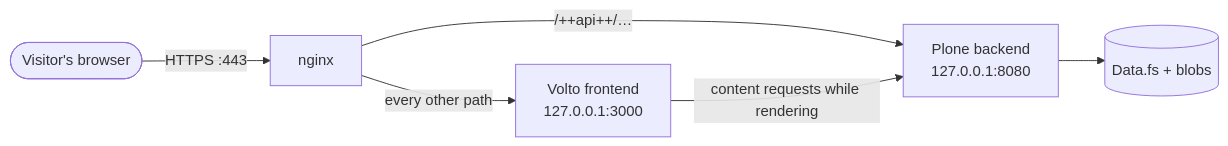
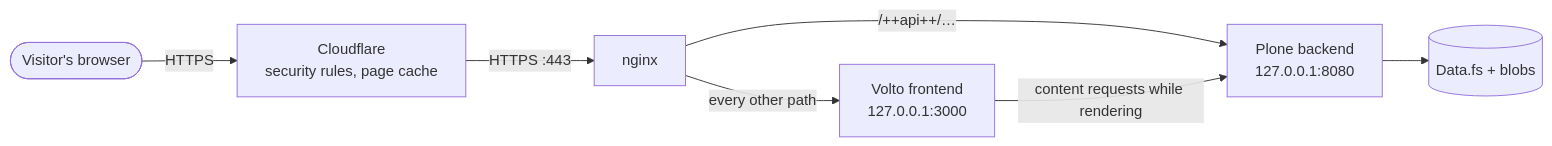
One commit to tkimnguyen/imsss-2025 changed the first of 3 diagrams in docs/docs/concepts/architecture.md. Above: the diagram before and after it, drawn with Mermaid. The commit also changed other lines of this file and 6 other files, not shown here.

````diff
--- a/docs/docs/concepts/architecture.md
+++ b/docs/docs/concepts/architecture.md
@@ -24,8 +25,9 @@
 ```{mermaid}
 flowchart LR
-    browser([Visitor's browser]) -- "HTTPS :443" --> nginx
+    browser([Visitor's browser]) -- "HTTPS" --> cf["Cloudflare<br/>security rules, page cache"]
+    cf -- "HTTPS :443" --> nginx
     nginx -- "/++api++/…" --> plone["Plone backend<br/>127.0.0.1:8080"]
     nginx -- "every other path" --> volto["Volto frontend<br/>127.0.0.1:3000"]
     volto -- "content requests while rendering" --> plone
     plone --> zodb[("Data.fs + blobs")]
 ```
````
